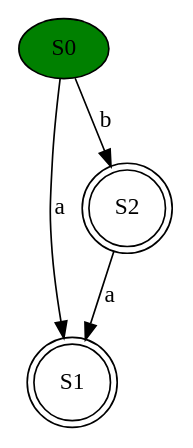
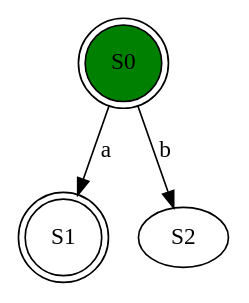
One commit to Issamoh/Automata-operations changed the diagram in dotsource.dot. Above: the diagram before and after it, drawn with Graphviz. The commit also changed 6 other files, not shown here.

```diff
--- a/dotsource.dot
+++ b/dotsource.dot
@@ -1,8 +1,7 @@
 digraph G {
+S0 [shape=doublecircle];
 S1 [shape=doublecircle];
-S2 [shape=doublecircle];
 S0 [style=filled, fillcolor=green];
 S0 -> S1 [label=a];
 S0 -> S2 [label=b];
-S2 -> S1 [label=a];
 }
```
